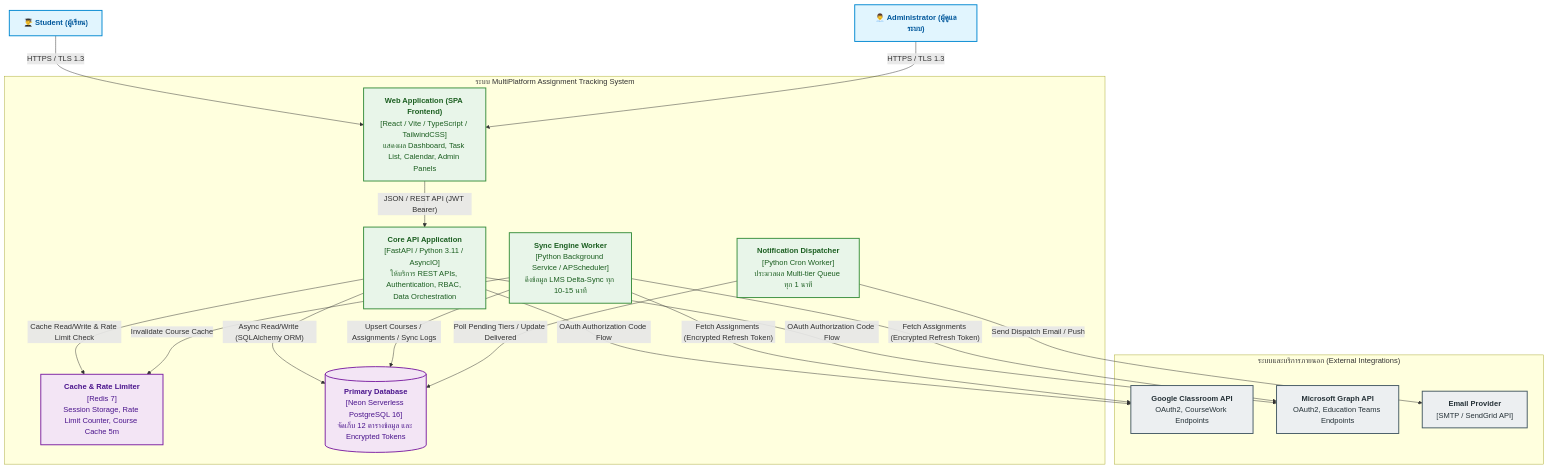
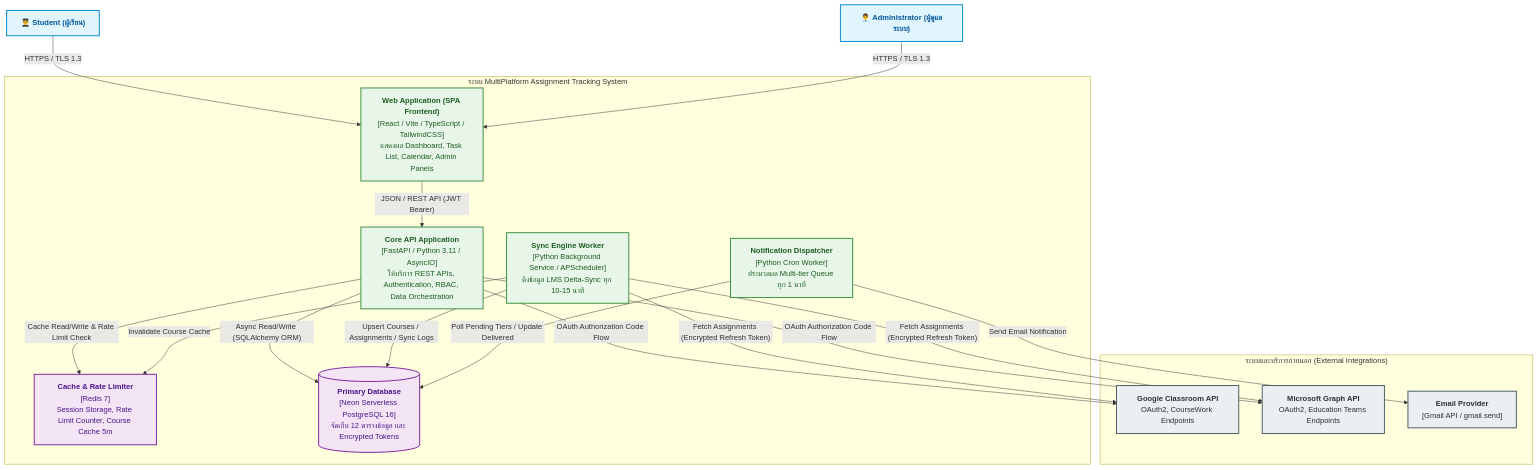
Diagram 15 of 18 in PROJECT_DOC/17_system_design_refinement_and_conceptual_model.md (csongph/MultiPlatform-Assignment-Tracking-and-Notification-System), drawn with Mermaid before and after one commit. The commit also changed 20 other files, not shown here.

First line of the commit message:
feat: Implement notification delivery system via Gmail API

````diff
--- a/PROJECT_DOC/17_system_design_refinement_and_conceptual_model.md
+++ b/PROJECT_DOC/17_system_design_refinement_and_conceptual_model.md
@@ -729,48 +729,48 @@
 ```mermaid
 flowchart TB
     classDef user fill:#e1f5fe,stroke:#0288d1,stroke-width:2px,color:#01579b;
     classDef container fill:#e8f5e9,stroke:#388e3c,stroke-width:2px,color:#1b5e20;
     classDef db fill:#f3e5f5,stroke:#7b1fa2,stroke-width:2px,color:#4a148c;
     classDef ext fill:#eceff1,stroke:#455a64,stroke-width:2px,color:#263238;
 
     U_Student["👨‍🎓 <b>Student (ผู้เรียน)</b>"]:::user
     U_Admin["👨‍💼 <b>Administrator (ผู้ดูแลระบบ)</b>"]:::user
 
     subgraph AppContainer["ระบบ MultiPlatform Assignment Tracking System"]
         SPA["<b>Web Application (SPA Frontend)</b><br/>[React / Vite / TypeScript / TailwindCSS]<br/>แสดงผล Dashboard, Task List, Calendar, Admin Panels"]:::container
         
         API["<b>Core API Application</b><br/>[FastAPI / Python 3.11 / AsyncIO]<br/>ให้บริการ REST APIs, Authentication, RBAC, Data Orchestration"]:::container
         
         Worker_Sync["<b>Sync Engine Worker</b><br/>[Python Background Service / APScheduler]<br/>ดึงข้อมูล LMS Delta-Sync ทุก 10-15 นาที"]:::container
         
         Worker_Notif["<b>Notification Dispatcher</b><br/>[Python Cron Worker]<br/>ประมวลผล Multi-tier Queue ทุก 1 นาที"]:::container
 
         Redis["<b>Cache & Rate Limiter</b><br/>[Redis 7]<br/>Session Storage, Rate Limit Counter, Course Cache 5m"]:::db
         
         NeonDB[("<b>Primary Database</b><br/>[Neon Serverless PostgreSQL 16]<br/>จัดเก็บ 12 ตารางข้อมูล และ Encrypted Tokens")]:::db
     end
 
     subgraph ExtServices["ระบบและบริการภายนอก (External Integrations)"]
         GC["<b>Google Classroom API</b><br/>OAuth2, CourseWork Endpoints"]:::ext
         MS["<b>Microsoft Graph API</b><br/>OAuth2, Education Teams Endpoints"]:::ext
-        SMTP["<b>Email Provider</b><br/>[SMTP / SendGrid API]"]:::ext
+        GmailAPI["<b>Email Provider</b><br/>[Gmail API / gmail.send]"]:::ext
     end
 
     %% User Interactions
     U_Student & U_Admin -->|"HTTPS / TLS 1.3"| SPA
     SPA -->|"JSON / REST API (JWT Bearer)"| API
 
     %% Internal Data Flows
     API -->|"Async Read/Write (SQLAlchemy ORM)"| NeonDB
     API -->|"Cache Read/Write & Rate Limit Check"| Redis
     
     Worker_Sync -->|"Upsert Courses / Assignments / Sync Logs"| NeonDB
     Worker_Sync -->|"Invalidate Course Cache"| Redis
     
     Worker_Notif -->|"Poll Pending Tiers / Update Delivered"| NeonDB
 
     %% External Communications
     API -->|"OAuth Authorization Code Flow"| GC & MS
     Worker_Sync -->|"Fetch Assignments (Encrypted Refresh Token)"| GC & MS
-    Worker_Notif -->|"Send Dispatch Email / Push"| SMTP
+    Worker_Notif -->|"Send Email Notification"| GmailAPI
 ```
````
